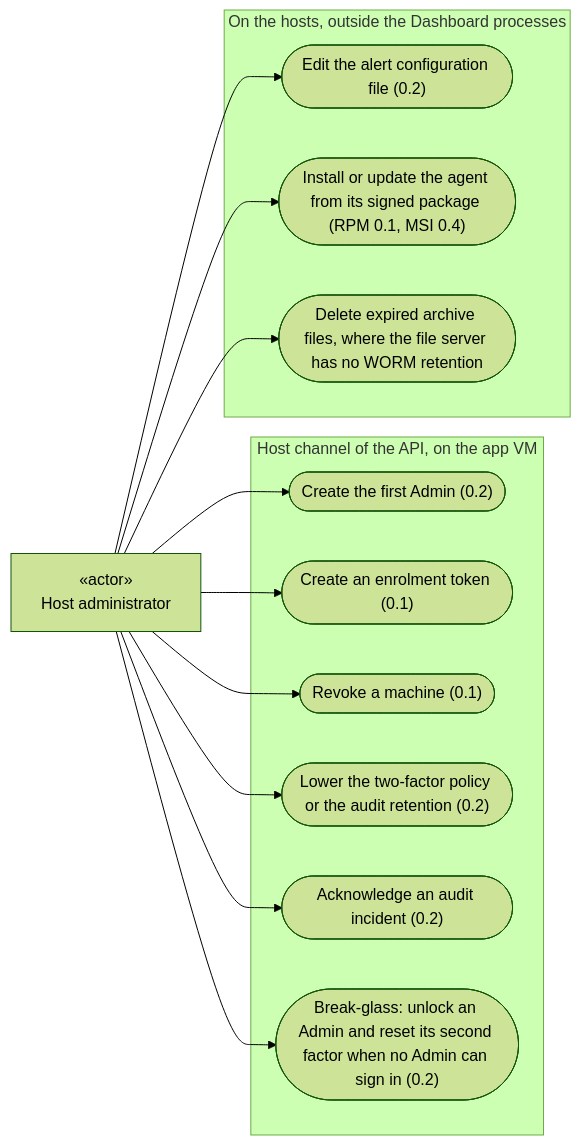
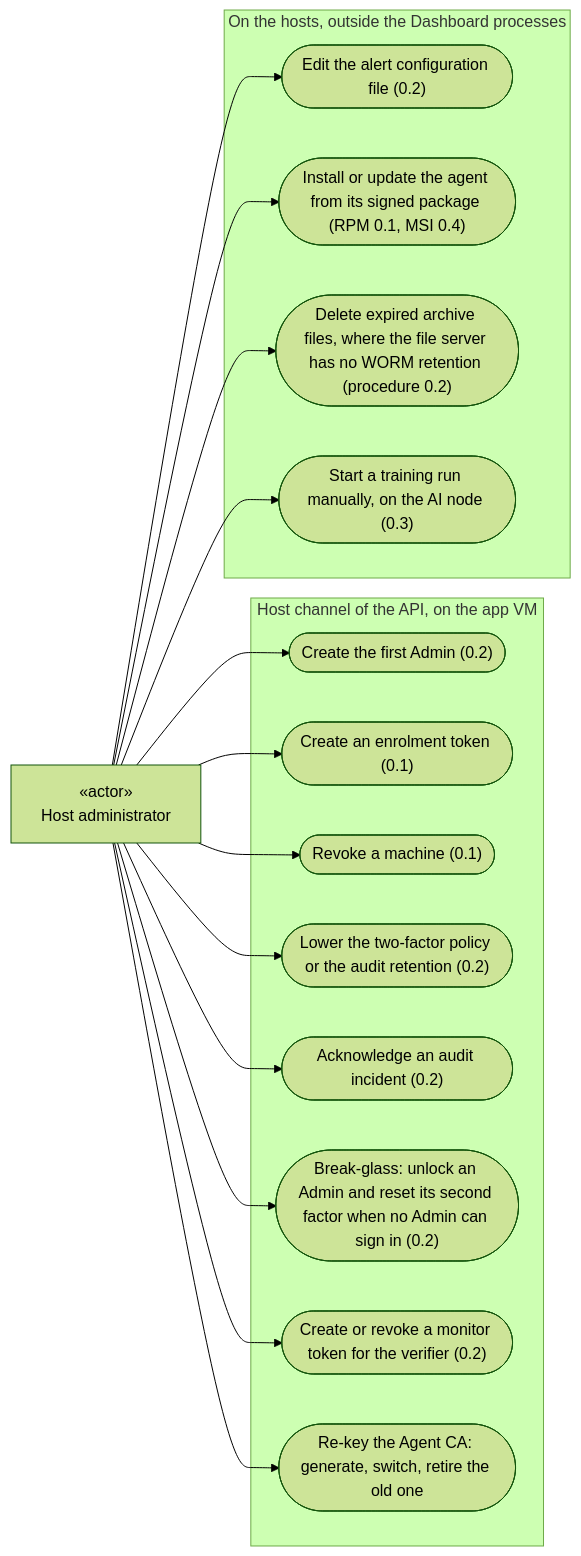
The third of 6 diagrams in doc/analyse/uml/v1/use-cases.md (micdef/Dashboard), drawn with Mermaid (forest theme) before and after one commit. The commit also changed other lines of this file and 3 other files, not shown here.

````diff
--- a/doc/analyse/uml/v1/use-cases.md
+++ b/doc/analyse/uml/v1/use-cases.md
@@ -110,29 +120,35 @@
 ```mermaid
 flowchart LR
     HostAdmin["«actor»<br/>Host administrator"]
 
     subgraph HostChannel ["Host channel of the API, on the app VM"]
         FirstAdmin(["Create the first Admin (0.2)"])
         HostToken(["Create an enrolment token (0.1)"])
         HostRevoke(["Revoke a machine (0.1)"])
         Lower(["Lower the two-factor policy or the audit retention (0.2)"])
         Incident(["Acknowledge an audit incident (0.2)"])
         BreakGlass(["Break-glass: unlock an Admin and reset its second factor when no Admin can sign in (0.2)"])
+        Monitor(["Create or revoke a monitor token for the verifier (0.2)"])
+        Rekey(["Re-key the Agent CA: generate, switch, retire the old one"])
     end
 
     subgraph Hosts ["On the hosts, outside the Dashboard processes"]
         AlertConfig(["Edit the alert configuration file (0.2)"])
         Install(["Install or update the agent from its signed package (RPM 0.1, MSI 0.4)"])
-        DeleteArchive(["Delete expired archive files, where the file server has no WORM retention"])
+        DeleteArchive(["Delete expired archive files, where the file server has no WORM retention (procedure 0.2)"])
+        TrainNow(["Start a training run manually, on the AI node (0.3)"])
     end
 
     HostAdmin --> FirstAdmin
     HostAdmin --> HostToken
     HostAdmin --> HostRevoke
     HostAdmin --> Lower
     HostAdmin --> Incident
     HostAdmin --> BreakGlass
+    HostAdmin --> Monitor
+    HostAdmin --> Rekey
     HostAdmin --> AlertConfig
     HostAdmin --> Install
     HostAdmin --> DeleteArchive
+    HostAdmin --> TrainNow
 ```
````
